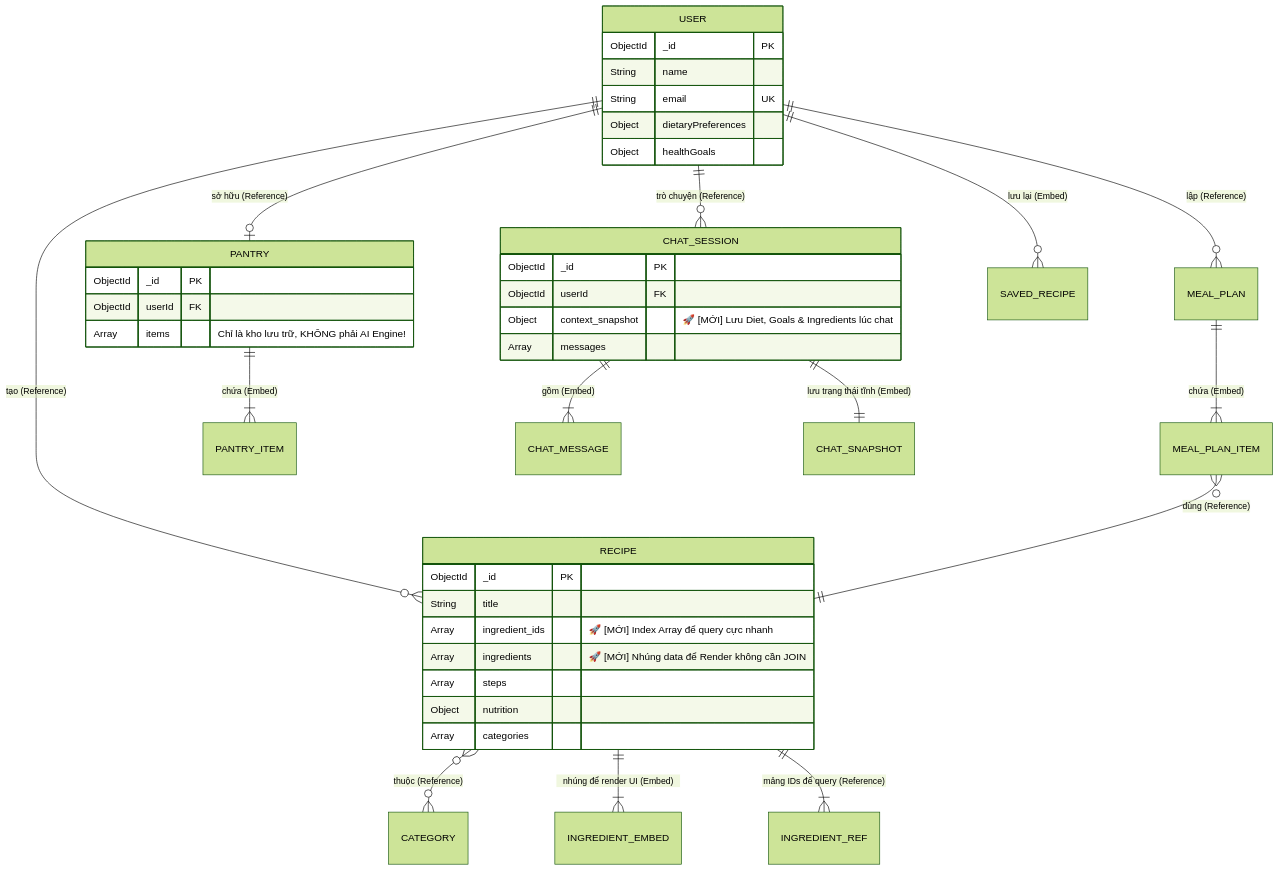
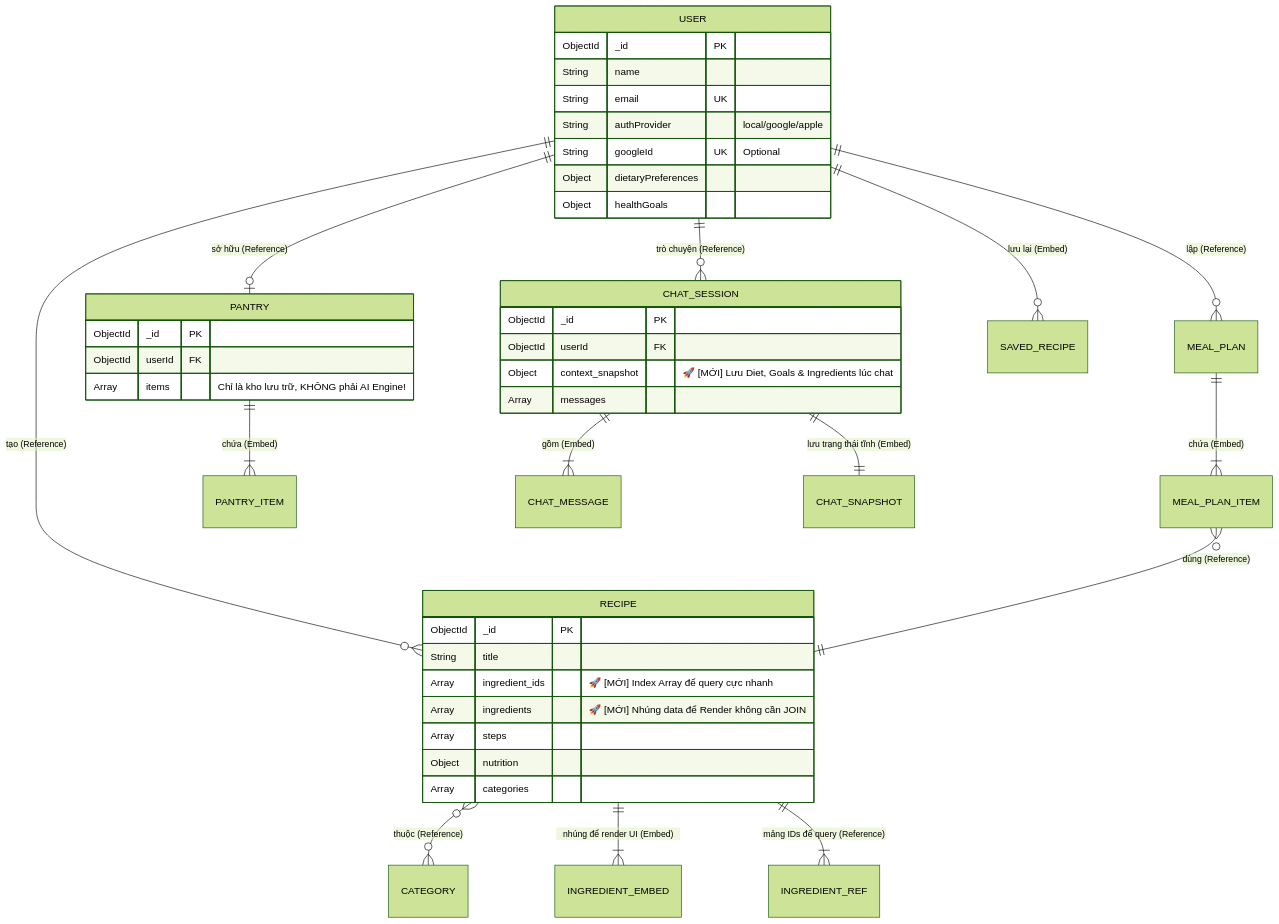
Before and after one commit to ngocbuivipro/Eatsy-AI-Powered-Culinary-Assistant-Meal-Planner: the first of 2 diagrams in backend/database_design_guide.md, drawn with Mermaid (forest theme). The commit also changed other lines of this file, not shown here.

Commit message:
docs: sync database design guide with latest User OAuth schema

````diff
--- a/backend/database_design_guide.md
+++ b/backend/database_design_guide.md
@@ -105,52 +105,54 @@
 ```mermaid
 erDiagram
     %% Core Entities
     USER ||--o{ RECIPE : "tạo (Reference)"
     USER ||--o| PANTRY : "sở hữu (Reference)"
     USER ||--o{ MEAL_PLAN : "lập (Reference)"
     USER ||--o{ CHAT_SESSION : "trò chuyện (Reference)"
     USER ||--o{ SAVED_RECIPE : "lưu lại (Embed)"
     RECIPE }o--o{ CATEGORY : "thuộc (Reference)"
     
     %% Denormalization focus
     RECIPE ||--|{ INGREDIENT_EMBED : "nhúng để render UI (Embed)"
     RECIPE ||--|{ INGREDIENT_REF : "mảng IDs để query (Reference)"
     
     MEAL_PLAN ||--|{ MEAL_PLAN_ITEM : "chứa (Embed)"
     MEAL_PLAN_ITEM }o--|| RECIPE : "dùng (Reference)"
     
     PANTRY ||--|{ PANTRY_ITEM : "chứa (Embed)"
     CHAT_SESSION ||--|{ CHAT_MESSAGE : "gồm (Embed)"
     CHAT_SESSION ||--|| CHAT_SNAPSHOT : "lưu trạng thái tĩnh (Embed)"
 
     USER {
         ObjectId _id PK
         String name
         String email UK
+        String authProvider "local/google/apple"
+        String googleId UK "Optional"
         Object dietaryPreferences
         Object healthGoals
     }
 
     RECIPE {
         ObjectId _id PK
         String title
         Array ingredient_ids "🚀 [MỚI] Index Array để query cực nhanh"
         Array ingredients "🚀 [MỚI] Nhúng data để Render không cần JOIN"
         Array steps
         Object nutrition
         Array categories
     }
 
     PANTRY {
         ObjectId _id PK
         ObjectId userId FK
         Array items "Chỉ là kho lưu trữ, KHÔNG phải AI Engine!"
     }
 
     CHAT_SESSION {
         ObjectId _id PK
         ObjectId userId FK
         Object context_snapshot "🚀 [MỚI] Lưu Diet, Goals & Ingredients lúc chat"
         Array messages
     }
 ```
````
